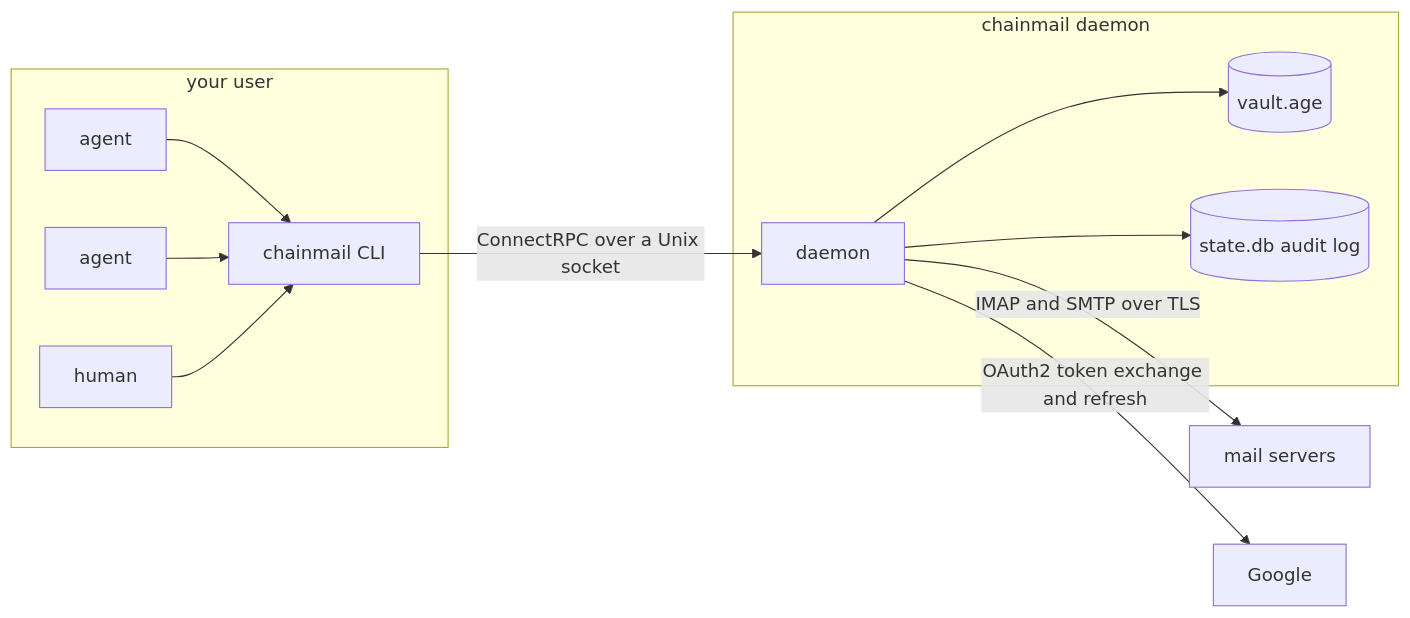
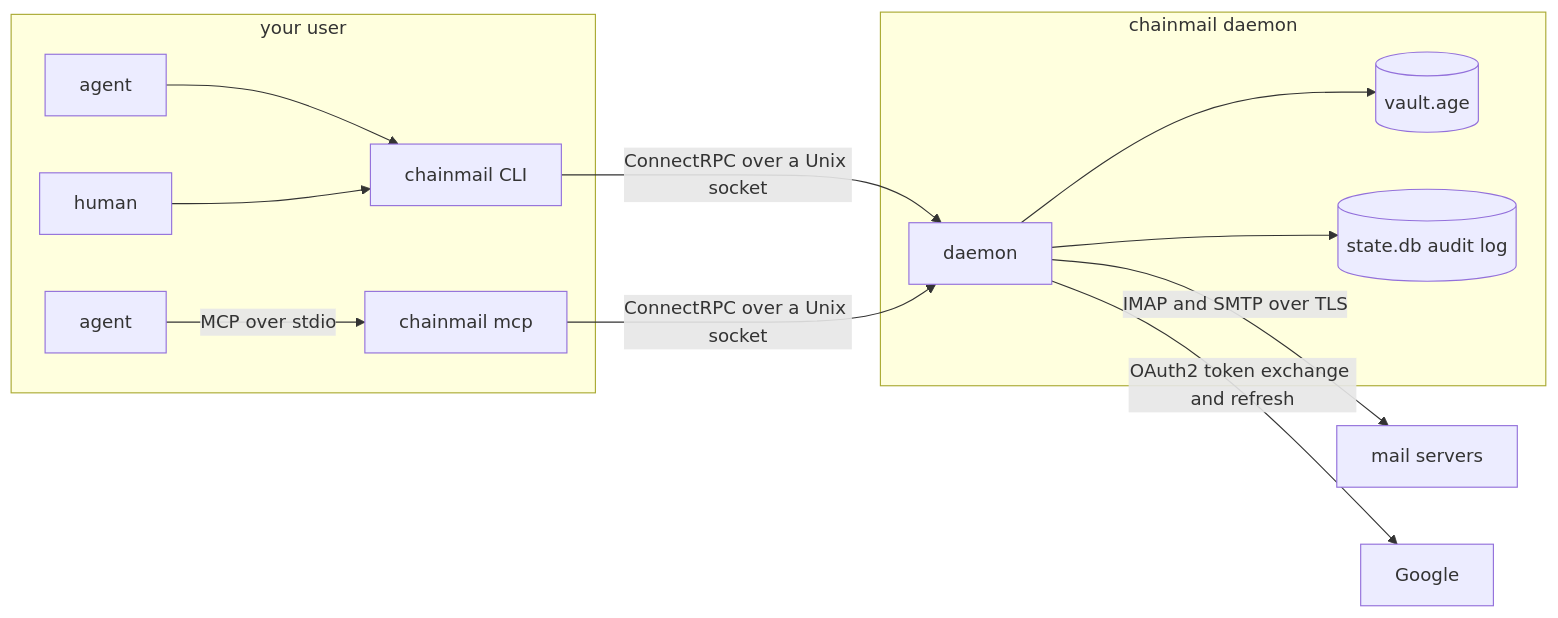
One commit to yaklabco/chainmail changed the diagram in README.md. Above: the diagram before and after it, drawn with Mermaid. The commit also changed other lines of this file and 84 other files, not shown here.

````diff
--- a/README.md
+++ b/README.md
@@ -7,15 +7,16 @@
 ```mermaid
 flowchart LR
   subgraph you["your user"]
     A1[agent] --> CLI[chainmail CLI]
-    A2[agent] --> CLI
+    A2[agent] -- "MCP over stdio" --> MCP[chainmail mcp]
     H[human] --> CLI
   end
   CLI -- "ConnectRPC over a Unix socket" --> D
+  MCP -- "ConnectRPC over a Unix socket" --> D
   subgraph daemon["chainmail daemon"]
     D[daemon] --> V[(vault.age)]
     D --> S[(state.db audit log)]
   end
   D -- "IMAP and SMTP over TLS" --> M[mail servers]
   D -- "OAuth2 token exchange and refresh" --> G[Google]
 ```
````
